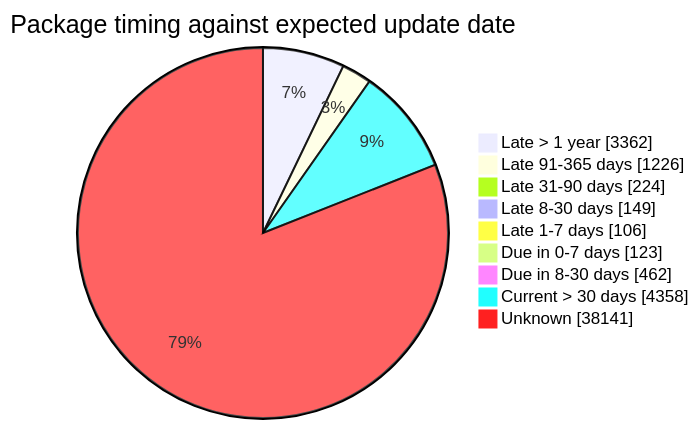
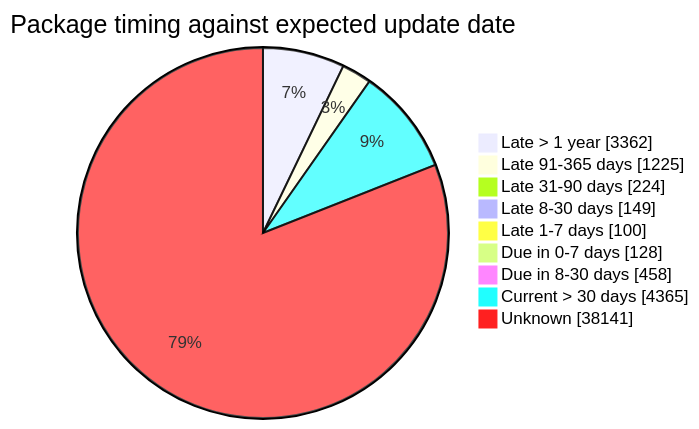
Before and after one commit to open-data/analytics-corporate-reporting: the fourth of 5 diagrams in FreshCheck/README.md, drawn with Mermaid. The commit also changed other lines of this file and 3 other files, not shown here.

````diff
--- a/FreshCheck/README.md
+++ b/FreshCheck/README.md
@@ -86,12 +86,12 @@
 ```mermaid
 pie showData title Package timing against expected update date
     "Late > 1 year": 3362
-    "Late 91-365 days": 1226
+    "Late 91-365 days": 1225
     "Late 31-90 days": 224
     "Late 8-30 days": 149
-    "Late 1-7 days": 106
-    "Due in 0-7 days": 123
-    "Due in 8-30 days": 462
-    "Current > 30 days": 4358
+    "Late 1-7 days": 100
+    "Due in 0-7 days": 128
+    "Due in 8-30 days": 458
+    "Current > 30 days": 4365
     "Unknown": 38141
 ```
````
